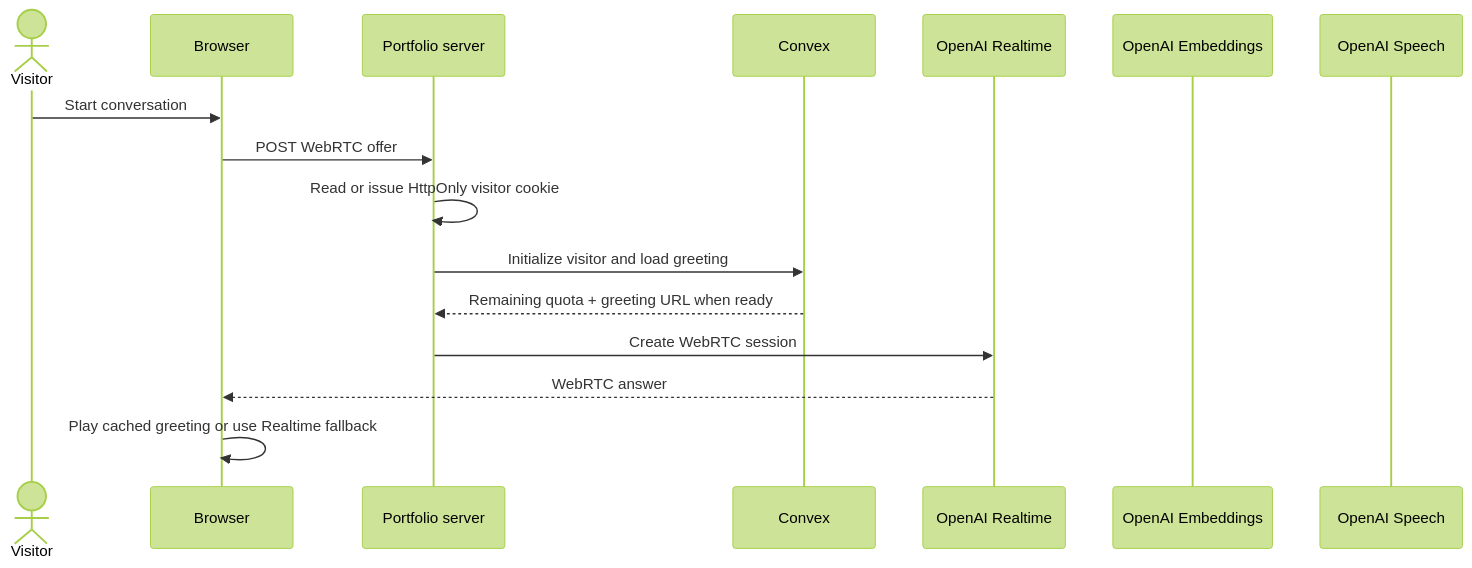
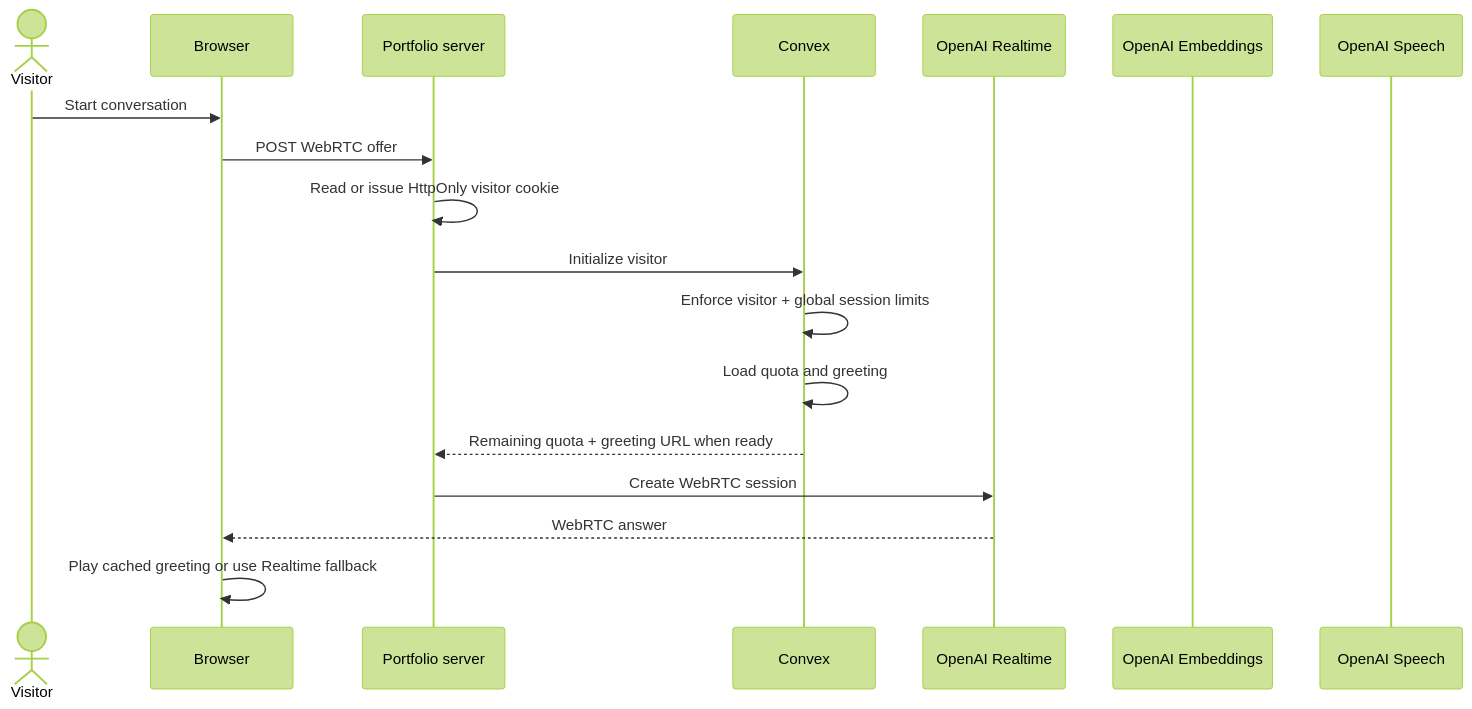
The second of 4 diagrams in docs/voice-cache-architecture.md (kyc-software/portfolio), drawn with Mermaid (forest theme) before and after one commit. The commit also changed other lines of this file and 18 other files, not shown here.

````diff
--- a/docs/voice-cache-architecture.md
+++ b/docs/voice-cache-architecture.md
@@ -48,19 +52,21 @@
 ```mermaid
 sequenceDiagram
   actor Visitor
   participant Browser
   participant Portfolio as Portfolio server
   participant Convex
   participant Realtime as OpenAI Realtime
   participant Embeddings as OpenAI Embeddings
   participant Speech as OpenAI Speech
 
   Visitor->>Browser: Start conversation
   Browser->>Portfolio: POST WebRTC offer
   Portfolio->>Portfolio: Read or issue HttpOnly visitor cookie
-  Portfolio->>Convex: Initialize visitor and load greeting
+  Portfolio->>Convex: Initialize visitor
+  Convex->>Convex: Enforce visitor + global session limits
+  Convex->>Convex: Load quota and greeting
   Convex-->>Portfolio: Remaining quota + greeting URL when ready
   Portfolio->>Realtime: Create WebRTC session
   Realtime-->>Browser: WebRTC answer
   Browser->>Browser: Play cached greeting or use Realtime fallback
 ```
````
